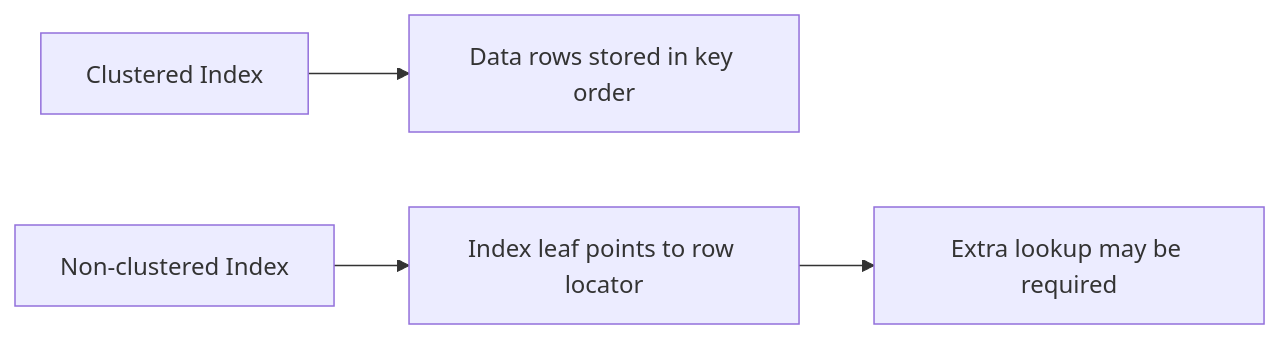
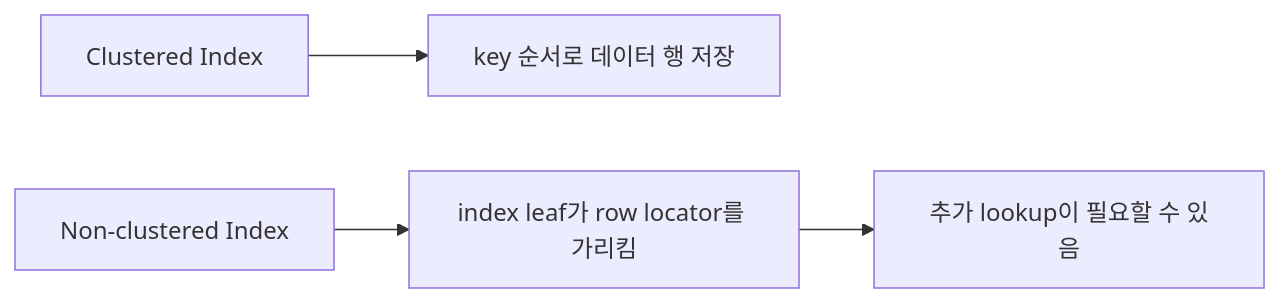
Diagram 21 of 54 in _posts/cs-note/2026-02-27-database.md (mandoobox/mandoobox.github.io), drawn with Mermaid before and after one commit. The commit also changed other lines of this file and 18 other files, not shown here.

````diff
--- a/_posts/cs-note/2026-02-27-database.md
+++ b/_posts/cs-note/2026-02-27-database.md
@@ -742,6 +743,6 @@
 ```mermaid
 flowchart LR
-  CI[Clustered Index] --> C1[Data rows stored in key order]
-  NCI["Non-clustered Index"] --> N1[Index leaf points to row locator]
-  N1 --> N2[Extra lookup may be required]
+  CI[Clustered Index] --> C1[key 순서로 데이터 행 저장]
+  NCI["Non-clustered Index"] --> N1[index leaf가 row locator를 가리킴]
+  N1 --> N2[추가 lookup이 필요할 수 있음]
 ```
````
